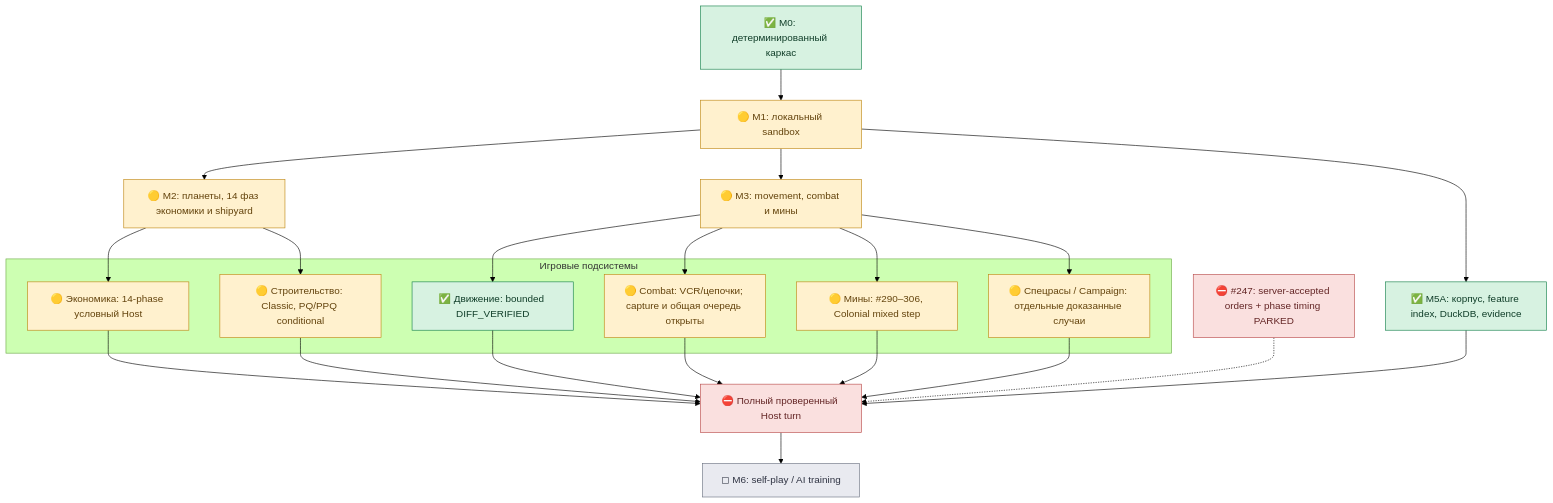
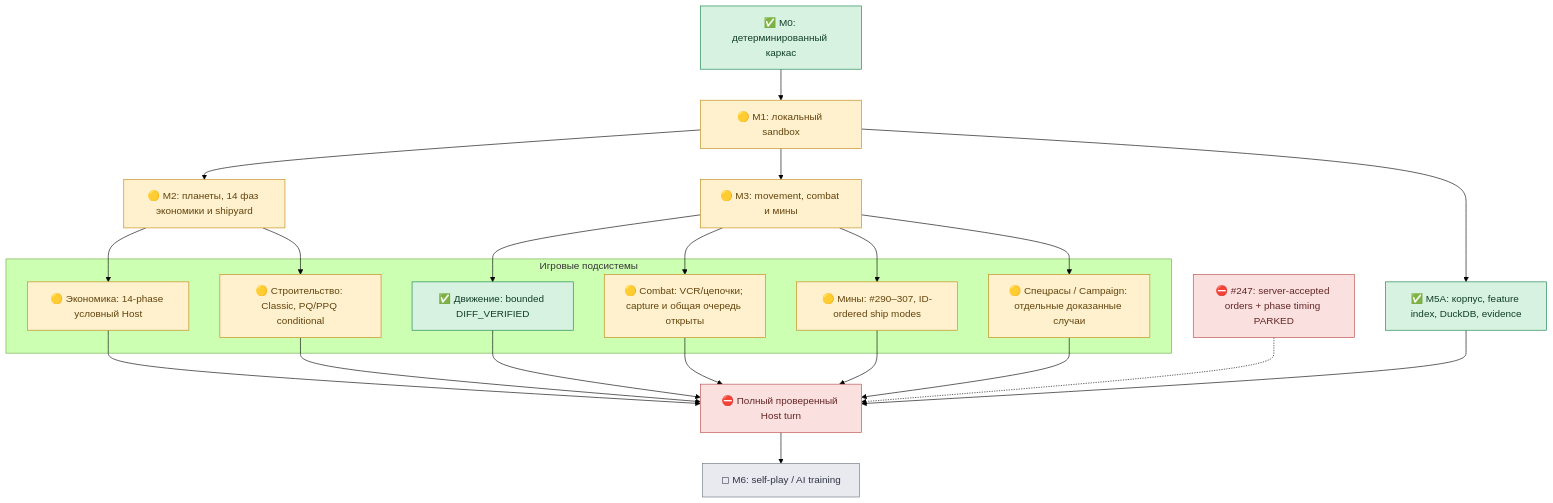
One commit to Numillyash/planets-lab changed the first of 2 diagrams in docs/PROJECT_PROGRESS_MAP.md. Above: the diagram before and after it, drawn with Mermaid (forest theme). The commit also changed other lines of this file and 6 other files, not shown here.

First line of the commit message:
Core: ascending Ship-ID mine sweep ledger across beam-only, Colonial fighter-only and mixed carriers (#307)

````diff
--- a/docs/PROJECT_PROGRESS_MAP.md
+++ b/docs/PROJECT_PROGRESS_MAP.md
@@ -21,41 +23,41 @@
 ```mermaid
 flowchart TB
     M0["✅ M0: детерминированный каркас"] --> M1["🟡 M1: локальный sandbox"]
     M1 --> M2["🟡 M2: планеты, 14 фаз экономики и shipyard"]
     M1 --> M3["🟡 M3: movement, combat и мины"]
     M1 --> M5["✅ M5A: корпус, feature index, DuckDB, evidence"]
 
     subgraph HostCore["Игровые подсистемы"]
       MOVE["✅ Движение: bounded DIFF_VERIFIED"]
       COMBAT["🟡 Combat: VCR/цепочки; capture и общая очередь открыты"]
       ECON["🟡 Экономика: 14-phase условный Host"]
       QUEUES["🟡 Строительство: Classic, PQ/PPQ conditional"]
-      MINES["🟡 Мины: #290–306, Colonial mixed step"]
+      MINES["🟡 Мины: #290–307, ID-ordered ship modes"]
       RACES["🟡 Спецрасы / Campaign: отдельные доказанные случаи"]
     end
     M2 --> ECON
     M2 --> QUEUES
     M3 --> MOVE
     M3 --> COMBAT
     M3 --> MINES
     M3 --> RACES
 
     MOVE --> INTEGRATION["⛔ Полный проверенный Host turn"]
     COMBAT --> INTEGRATION
     ECON --> INTEGRATION
     QUEUES --> INTEGRATION
     MINES --> INTEGRATION
     RACES --> INTEGRATION
     M5 --> INTEGRATION
     GAP["⛔ #247: server-accepted orders + phase timing PARKED"] -.-> INTEGRATION
     INTEGRATION --> AI["◻ M6: self-play / AI training"]
 
     classDef verified fill:#d7f2e1,stroke:#14804a,color:#103e29;
     classDef partial fill:#fff1ce,stroke:#be8713,color:#63430c;
     classDef blocked fill:#fae0df,stroke:#b94b4b,color:#642626;
     classDef future fill:#e9eaf0,stroke:#6b7180,color:#303443;
     class M0,M5,MOVE verified;
     class M1,M2,M3,COMBAT,ECON,QUEUES,MINES,RACES partial;
     class INTEGRATION,GAP blocked;
     class AI future;
 ```
````
